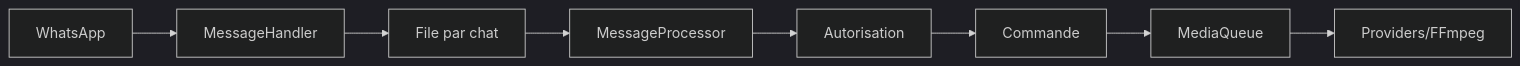
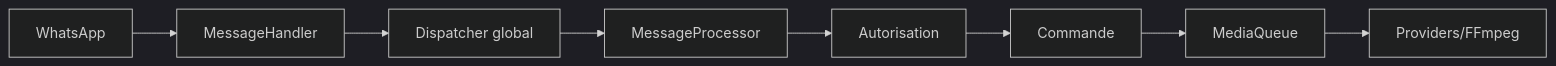
The diagram in docs/fr/architecture.md (hiudyy/misa), drawn with Mermaid (dark theme) before and after one commit. The commit also changed other lines of this file and 72 other files, not shown here.

````diff
--- a/docs/fr/architecture.md
+++ b/docs/fr/architecture.md
@@ -6,10 +6,10 @@
 ```mermaid
 flowchart LR
  WA[WhatsApp] --> MH[MessageHandler]
- MH --> CQ[File par chat]
+ MH --> CQ[Dispatcher global]
  CQ --> MP[MessageProcessor]
  MP --> A[Autorisation]
  A --> C[Commande]
  C --> MQ[MediaQueue]
  MQ --> P[Providers/FFmpeg]
 ```
````
